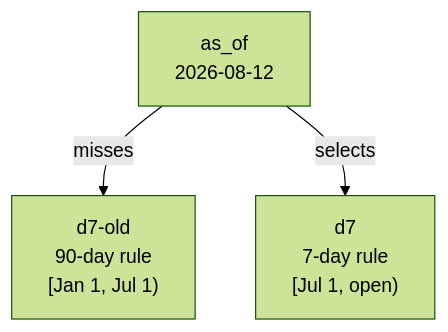
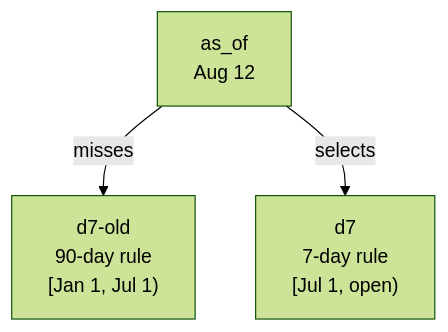
The diagram in web/src/content/foundations/sql-databases-data-modeling-ai/content.md (bvolpato/leetllm), drawn with Mermaid (forest theme) before and after one commit. The commit also changed other lines of this file and 23 other files, not shown here.

````diff
--- a/web/src/content/foundations/sql-databases-data-modeling-ai/content.md
+++ b/web/src/content/foundations/sql-databases-data-modeling-ai/content.md
@@ -355,8 +312,8 @@
 ```mermaid
 flowchart TB
-  asof["as_of<br/>2026-08-12"]:::accent
+  asof["as_of<br/>Aug 12"]:::accent
   old["d7-old<br/>90-day rule<br/>[Jan 1, Jul 1)"]:::muted
   cur["d7<br/>7-day rule<br/>[Jul 1, open)"]:::primary
   asof -->|"misses"| old
   asof -->|"selects"| cur
 ```
````
